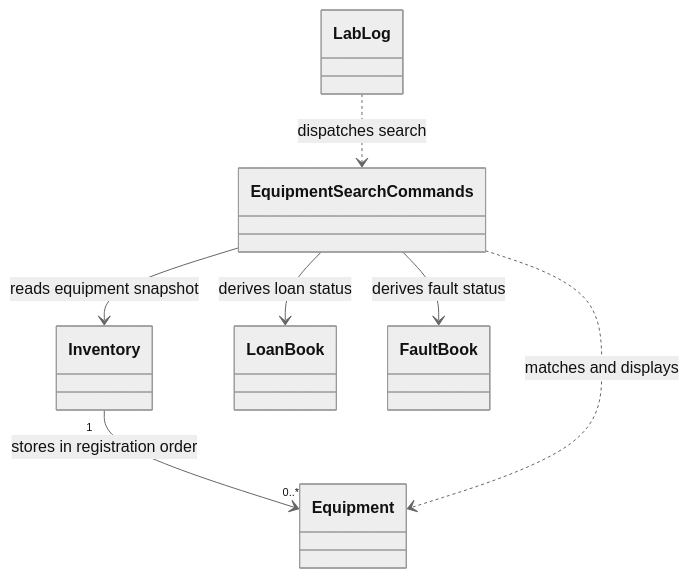
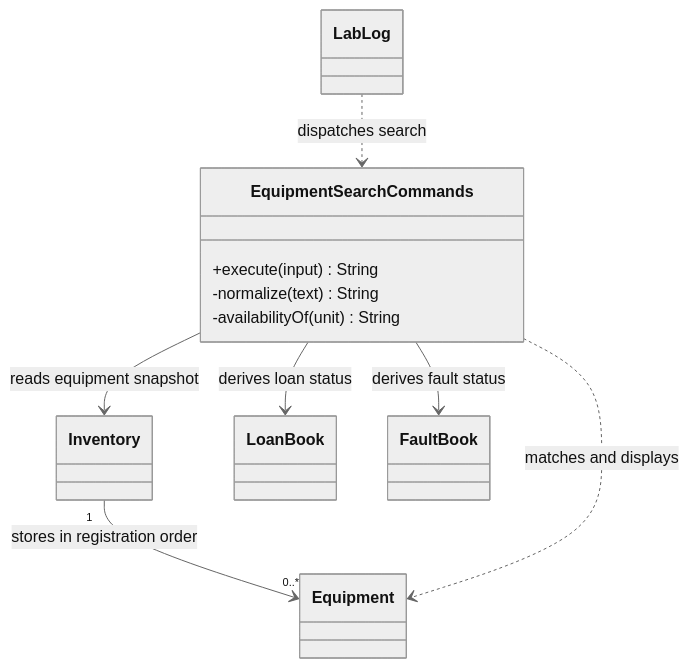
One commit to AY2627S1-CS2113-W13-3/tp changed the fourth of 7 diagrams in docs/DeveloperGuide.md. Above: the diagram before and after it, drawn with Mermaid (neutral theme). The commit also changed other lines of this file and 2 other files, not shown here.

First line of the commit message:
Docs: Align US15 diagrams with guide style

````diff
--- a/docs/DeveloperGuide.md
+++ b/docs/DeveloperGuide.md
@@ -322,9 +317,14 @@
 ```mermaid
 classDiagram
     LabLog ..> EquipmentSearchCommands : dispatches search
     EquipmentSearchCommands --> Inventory : reads equipment snapshot
     EquipmentSearchCommands --> LoanBook : derives loan status
     EquipmentSearchCommands --> FaultBook : derives fault status
     Inventory "1" --> "0..*" Equipment : stores in registration order
     EquipmentSearchCommands ..> Equipment : matches and displays
+    class EquipmentSearchCommands {
+        +execute(input) String
+        -normalize(text) String
+        -availabilityOf(unit) String
+    }
 ```
````
